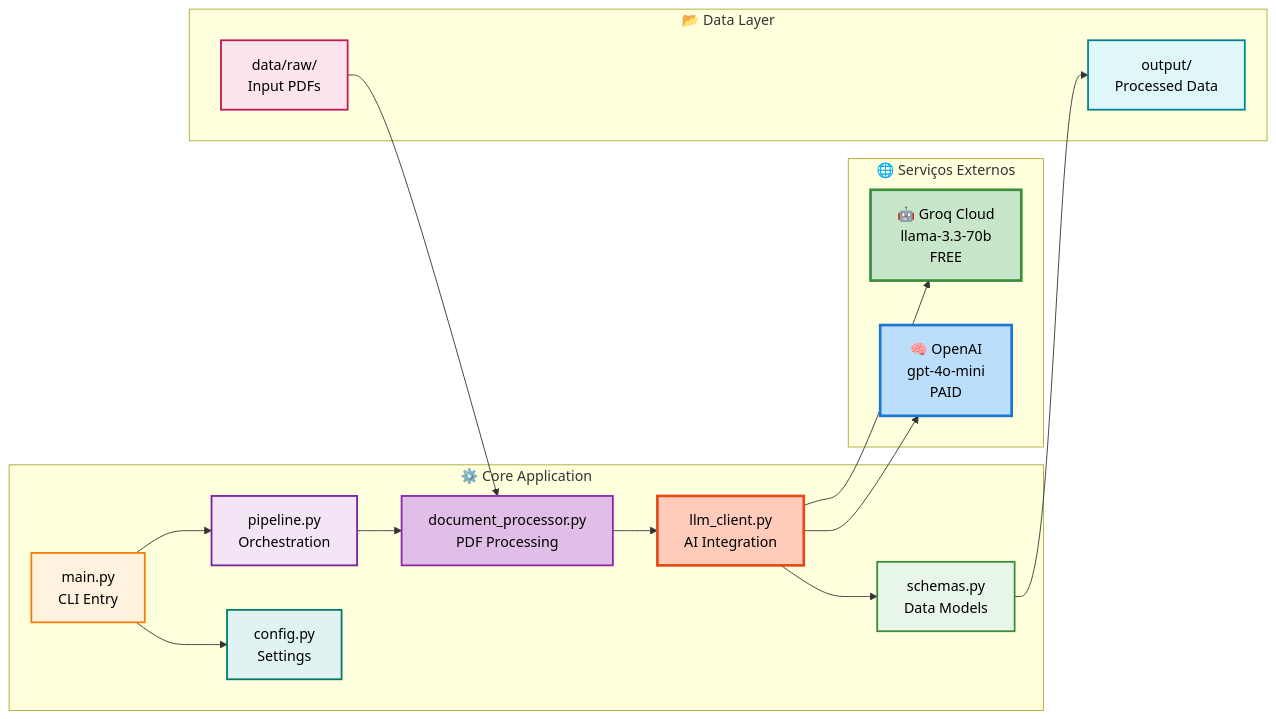
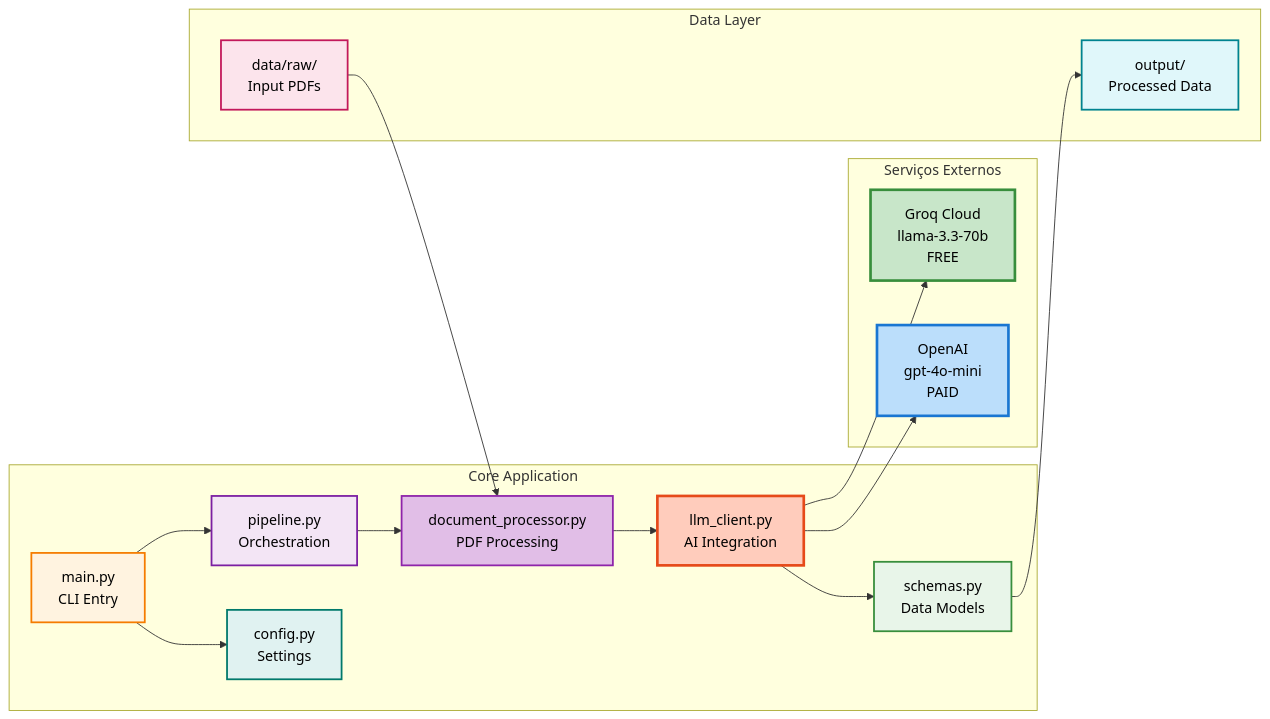
One commit to Nik0o0lps/document-processing-pipeline changed the second of 5 diagrams in ARCHITECTURE.md. Above: the diagram before and after it, drawn with Mermaid. The commit also changed other lines of this file and 1 other file, not shown here.

Commit message:
refactor: Remove emojis from diagrams for professional look

````diff
--- a/ARCHITECTURE.md
+++ b/ARCHITECTURE.md
@@ -86,42 +86,42 @@
 ```mermaid
 graph LR
-    subgraph External["🌐 Serviços Externos"]
-        Groq["🤖 Groq Cloud<br/>llama-3.3-70b<br/>FREE"]:::groqNode
-        OpenAI["🧠 OpenAI<br/>gpt-4o-mini<br/>PAID"]:::openaiNode
+    subgraph External["Serviços Externos"]
+        Groq["Groq Cloud<br/>llama-3.3-70b<br/>FREE"]:::groqNode
+        OpenAI["OpenAI<br/>gpt-4o-mini<br/>PAID"]:::openaiNode
     end
     
-    subgraph Core["⚙️ Core Application"]
+    subgraph Core["Core Application"]
         Main["main.py<br/>CLI Entry"]:::mainNode
         Pipe["pipeline.py<br/>Orchestration"]:::pipeNode
         DocProc["document_processor.py<br/>PDF Processing"]:::docNode
         LLMClient["llm_client.py<br/>AI Integration"]:::llmNode
         Schemas["schemas.py<br/>Data Models"]:::schemaNode
         Config["config.py<br/>Settings"]:::configNode
     end
     
-    subgraph Data["📂 Data Layer"]
+    subgraph Data["Data Layer"]
         Input["data/raw/<br/>Input PDFs"]:::inputNode
         Output["output/<br/>Processed Data"]:::outputNode
     end
     
     Main --> Config
     Main --> Pipe
     Pipe --> DocProc
     DocProc --> LLMClient
     LLMClient --> Groq
     LLMClient --> OpenAI
     LLMClient --> Schemas
     Input --> DocProc
     Schemas --> Output
     
     classDef groqNode fill:#c8e6c9,stroke:#388e3c,stroke-width:3px,color:#000
     classDef openaiNode fill:#bbdefb,stroke:#1976d2,stroke-width:3px,color:#000
     classDef mainNode fill:#fff3e0,stroke:#f57c00,stroke-width:2px,color:#000
     classDef pipeNode fill:#f3e5f5,stroke:#7b1fa2,stroke-width:2px,color:#000
     classDef docNode fill:#e1bee7,stroke:#8e24aa,stroke-width:2px,color:#000
     classDef llmNode fill:#ffccbc,stroke:#e64a19,stroke-width:3px,color:#000
     classDef schemaNode fill:#e8f5e9,stroke:#388e3c,stroke-width:2px,color:#000
     classDef configNode fill:#e0f2f1,stroke:#00796b,stroke-width:2px,color:#000
     classDef inputNode fill:#fce4ec,stroke:#c2185b,stroke-width:2px,color:#000
     classDef outputNode fill:#e0f7fa,stroke:#00838f,stroke-width:2px,color:#000
 ```
````
